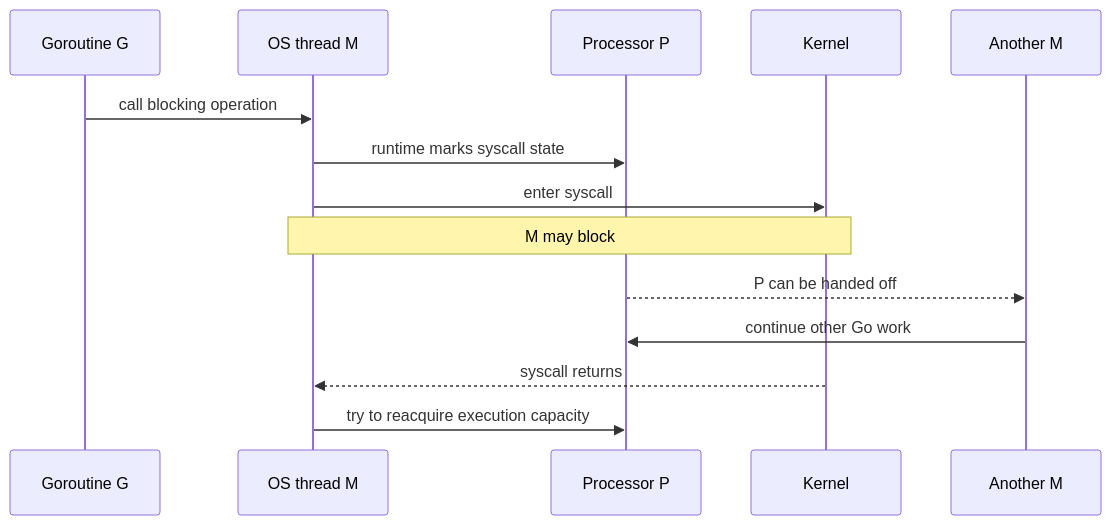
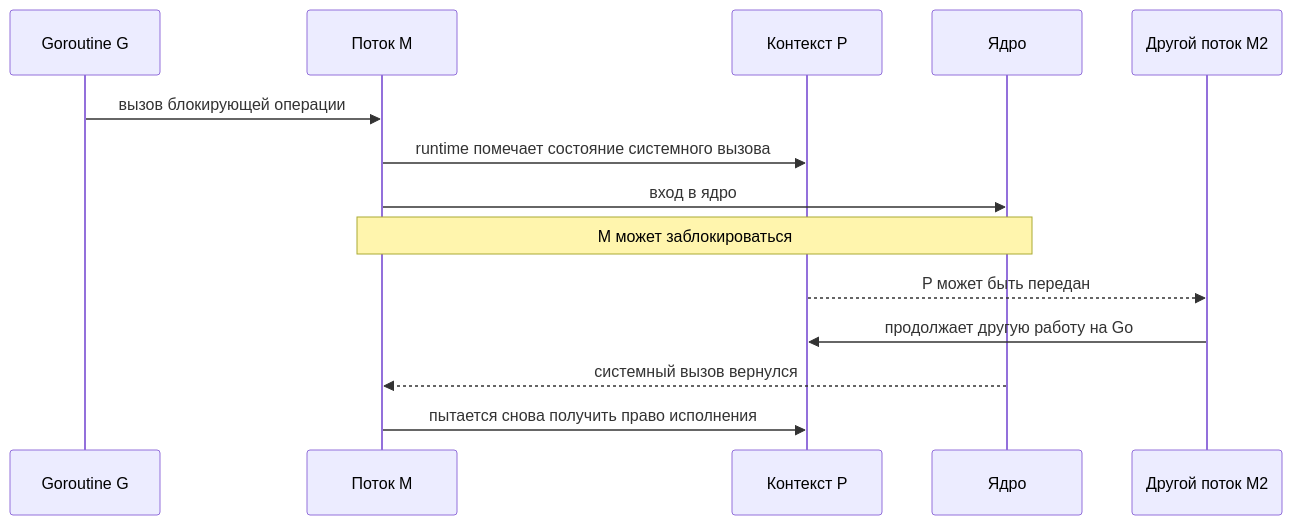
Before and after one commit to fev0ks/LearnGoLang: the diagram in docs/senior-golang-study/01-go-core/runtime-scheduler/02-syscall.md, drawn with Mermaid. The commit also changed other lines of this file and 4 other files, not shown here.

````diff
--- a/docs/senior-golang-study/01-go-core/runtime-scheduler/02-syscall.md
+++ b/docs/senior-golang-study/01-go-core/runtime-scheduler/02-syscall.md
@@ -178,17 +188,17 @@
 ```mermaid
 sequenceDiagram
     participant G as Goroutine G
-    participant M as OS thread M
-    participant P as Processor P
-    participant OS as Kernel
-    participant M2 as Another M
+    participant M as Поток M
+    participant P as Контекст P
+    participant OS as Ядро
+    participant M2 as Другой поток M2
 
-    G->>M: call blocking operation
-    M->>P: runtime marks syscall state
-    M->>OS: enter syscall
-    Note over M,OS: M may block
-    P-->>M2: P can be handed off
-    M2->>P: continue other Go work
-    OS-->>M: syscall returns
-    M->>P: try to reacquire execution capacity
+    G->>M: вызов блокирующей операции
+    M->>P: runtime помечает состояние системного вызова
+    M->>OS: вход в ядро
+    Note over M,OS: M может заблокироваться
+    P-->>M2: P может быть передан
+    M2->>P: продолжает другую работу на Go
+    OS-->>M: системный вызов вернулся
+    M->>P: пытается снова получить право исполнения
 ```
````
